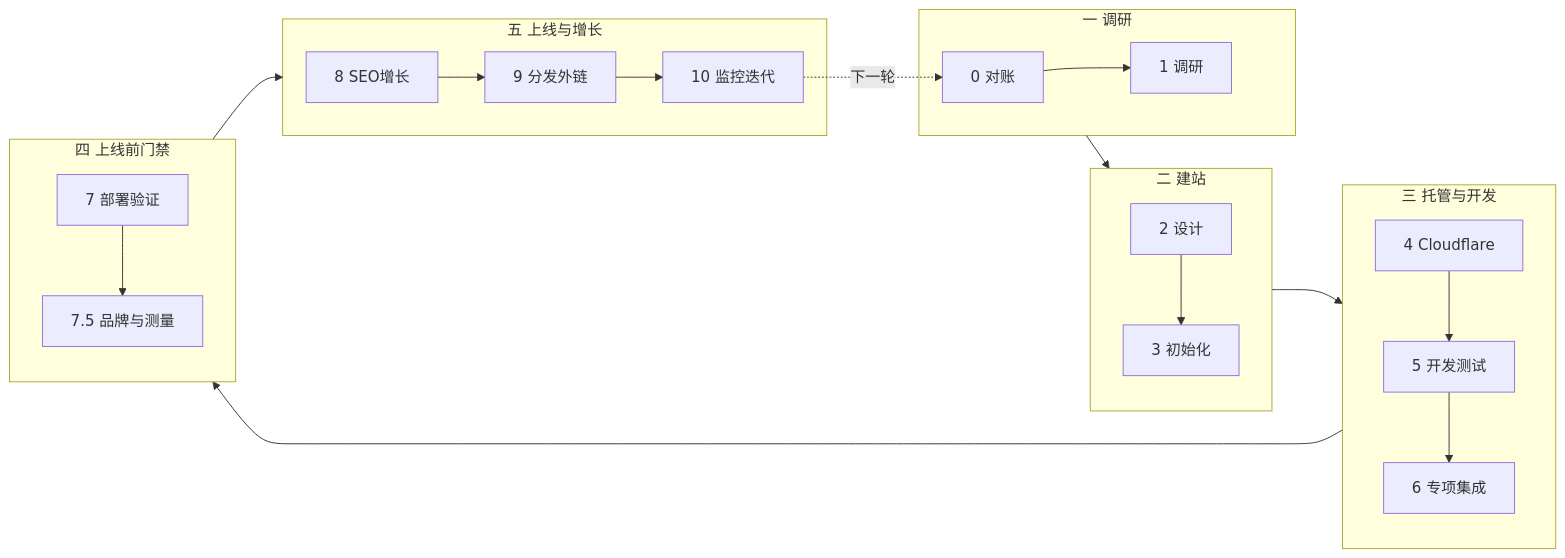
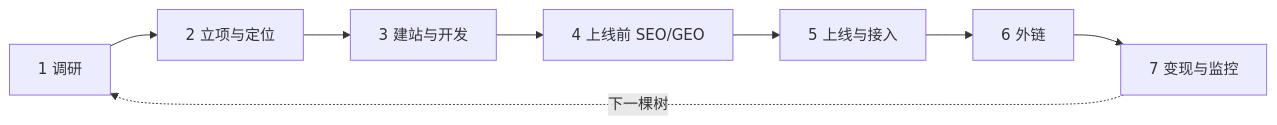
Before and after one commit to 1198560751/yan-skills-agent: the first of 2 diagrams in README.md, drawn with Mermaid. The commit also changed other lines of this file and 28 other files, not shown here.

````diff
--- a/README.md
+++ b/README.md
@@ -94,20 +107,6 @@
 ```mermaid
 flowchart LR
-  subgraph P1["一 调研"]
-    A0["0 对账"] --> A1["1 调研"]
-  end
-  subgraph P2["二 建站"]
-    B2["2 设计"] --> B3["3 初始化"]
-  end
-  subgraph P3["三 托管与开发"]
-    C4["4 Cloudflare"] --> C5["5 开发测试"] --> C6["6 专项集成"]
-  end
-  subgraph P4["四 上线前门禁"]
-    D7["7 部署验证"] --> D75["7.5 品牌与测量"]
-  end
-  subgraph P5["五 上线与增长"]
-    E8["8 SEO增长"] --> E9["9 分发外链"] --> E10["10 监控迭代"]
-  end
-  P1 --> P2 --> P3 --> P4 --> P5
-  E10 -.下一轮.-> A0
+  S1["1 调研"] --> S2["2 立项与定位"] --> S3["3 建站与开发"] --> S4["4 上线前 SEO/GEO"]
+  S4 --> S5["5 上线与接入"] --> S6["6 外链"] --> S7["7 变现与监控"]
+  S7 -.下一棵树.-> S1
 ```
````
